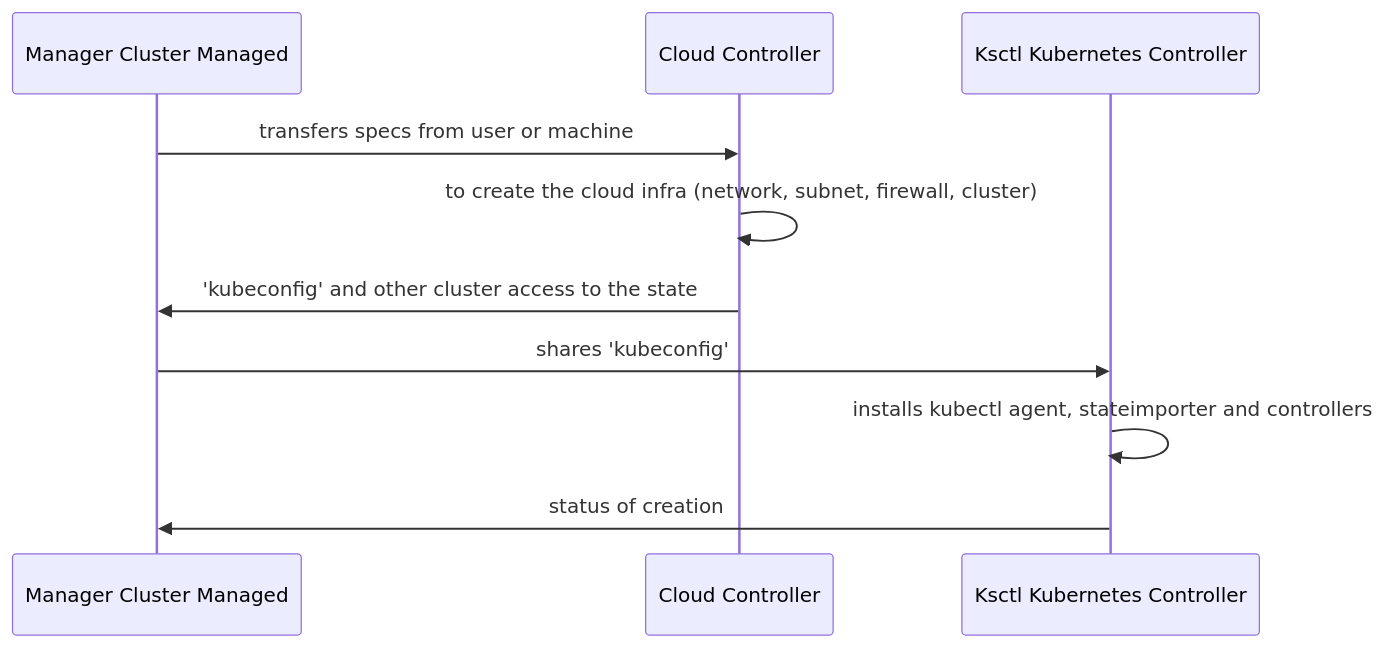
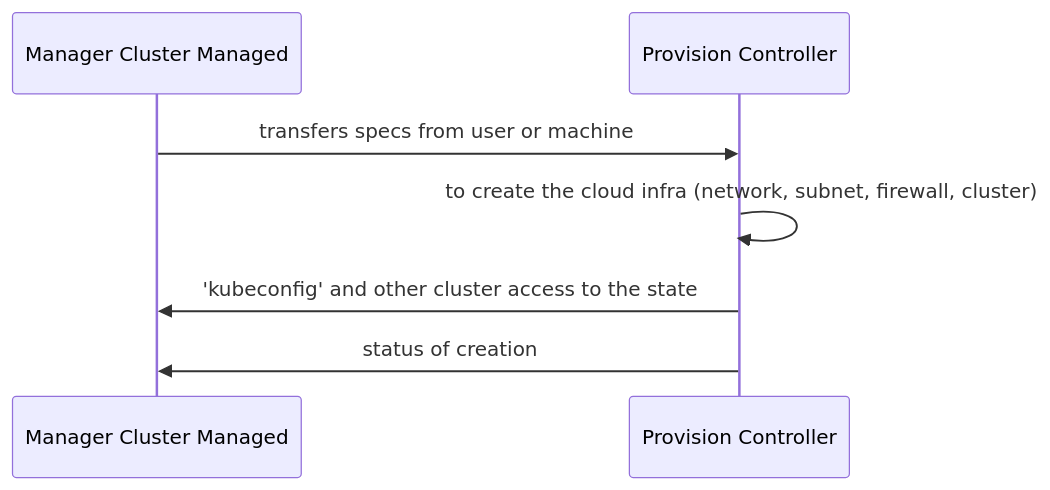
Before and after one commit to ksctl/docs: the first of 2 diagrams in content/en/docs/Concepts/_index.md, drawn with Mermaid. The commit also changed other lines of this file, not shown here.

````diff
--- a/content/en/docs/Concepts/_index.md
+++ b/content/en/docs/Concepts/_index.md
@@ -18,12 +18,9 @@
 ```mermaid
 sequenceDiagram
     participant cm as Manager Cluster Managed
-    participant cc as Cloud Controller
-    participant kc as Ksctl Kubernetes Controller
+    participant cc as Provision Controller
     cm->>cc: transfers specs from user or machine
     cc->>cc: to create the cloud infra (network, subnet, firewall, cluster)
     cc->>cm: 'kubeconfig' and other cluster access to the state
-    cm->>kc: shares 'kubeconfig'
-    kc->>kc: installs kubectl agent, stateimporter and controllers
-    kc->>cm: status of creation
+    cc->>cm: status of creation
 ```
````
